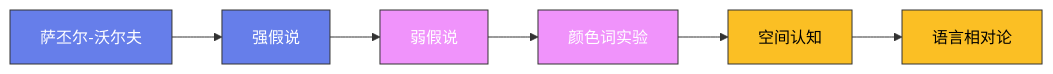
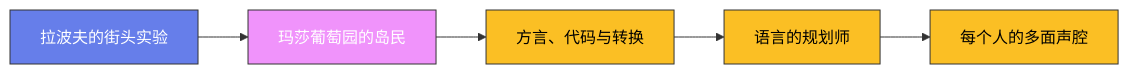
Before and after one commit to Fengur/Fengur.github.io: the diagram in content/posts/ModelCreate/语言学/09-社会语言学.md, drawn with Mermaid. The commit also changed other lines of this file and 505 other files, not shown here.

First line of the commit message:
content(blog): ModelCreate 全站质量修复——front matter 补全、占位图修复、事实错误修正、注水文重写

````diff
--- a/content/posts/ModelCreate/语言学/09-社会语言学.md
+++ b/content/posts/ModelCreate/语言学/09-社会语言学.md
@@ -39,16 +42,21 @@
 ```mermaid
 graph LR
-    A["萨丕尔-沃尔夫"] --> B["强假说"]
-    B --> C["弱假说"]
-    C --> D["颜色词实验"]
-    D --> E["空间认知"]
-    E --> F["语言相对论"]
+    A["拉波夫的街头实验"]
+    B["玛莎葡萄园的岛民"]
+    C["方言、代码与转换"]
+    D["语言的规划师"]
+    E["每个人的多面声腔"]
+
+    A --> B
+    B --> C
+    C --> D
+    D --> E
 
     classDef early fill:#667eea,stroke:#333,color:white
     classDef mid fill:#f093fb,stroke:#333,color:white
     classDef modern fill:#fbbf24,stroke:#333,color:black
 
-    class A,B early
-    class C,D mid
-    class E,F modern
+    class A early
+    class B mid
+    class C,D,E modern
 ```
````
